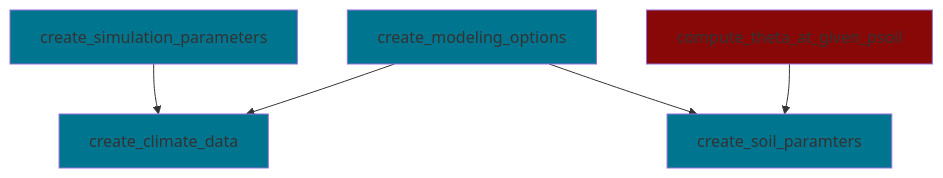
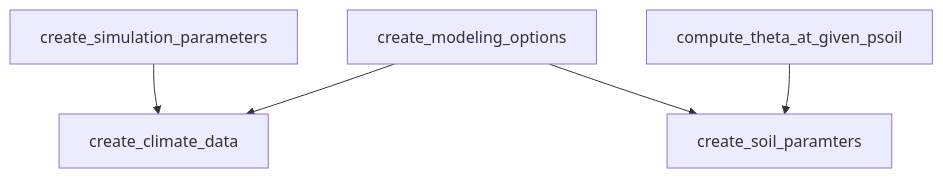
Before and after one commit to ecamo19/sureau_ecos_py: the diagram in README.md, drawn with Mermaid. The commit also changed 1 other file, not shown here.

Commit message:
ReadMe updated

````diff
--- a/README.md
+++ b/README.md
@@ -16,23 +16,23 @@
 ``` mermaid
     %%{init:{'themeVariables': {'primaryBorderColor': '#00758f'}}}%%
-    graph TD;
+    flowchart TD;
 
         create_simulation_parameters-->create_climate_data;
         create_modeling_options-->create_climate_data;
 
 
         create_modeling_options-->create_soil_paramters;
         compute_theta_at_given_psoil-->create_soil_paramters;
 
         %% Blue color boxes ------------------------------------------------------------------
 
-        style create_climate_data fill:#00758f
-        style create_modeling_options fill:#00758f
-        style create_simulation_parameters fill:#00758f, lineColor:#00758f
-        style create_soil_paramters fill:#00758f
+        %%style create_climate_data fill:#00758f
+        %%style create_modeling_options fill:#00758f
+        %%style create_simulation_parameters fill:#00758f, lineColor:#00758f
+        %%style create_soil_paramters fill:#00758f
 
 
         %% Red color boxes --------------------------------------------------------------------
-        style compute_theta_at_given_psoil fill:#880808
+        %%style compute_theta_at_given_psoil fill:#880808
 
 ```
````
